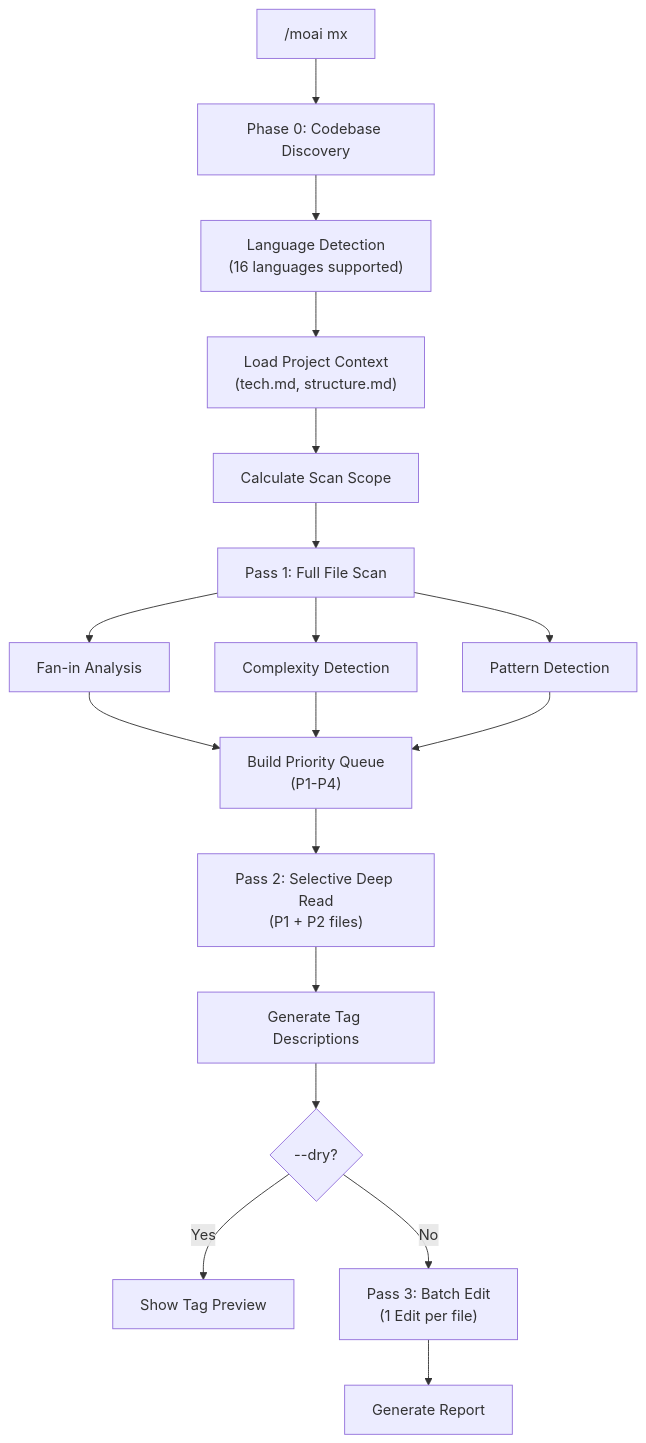
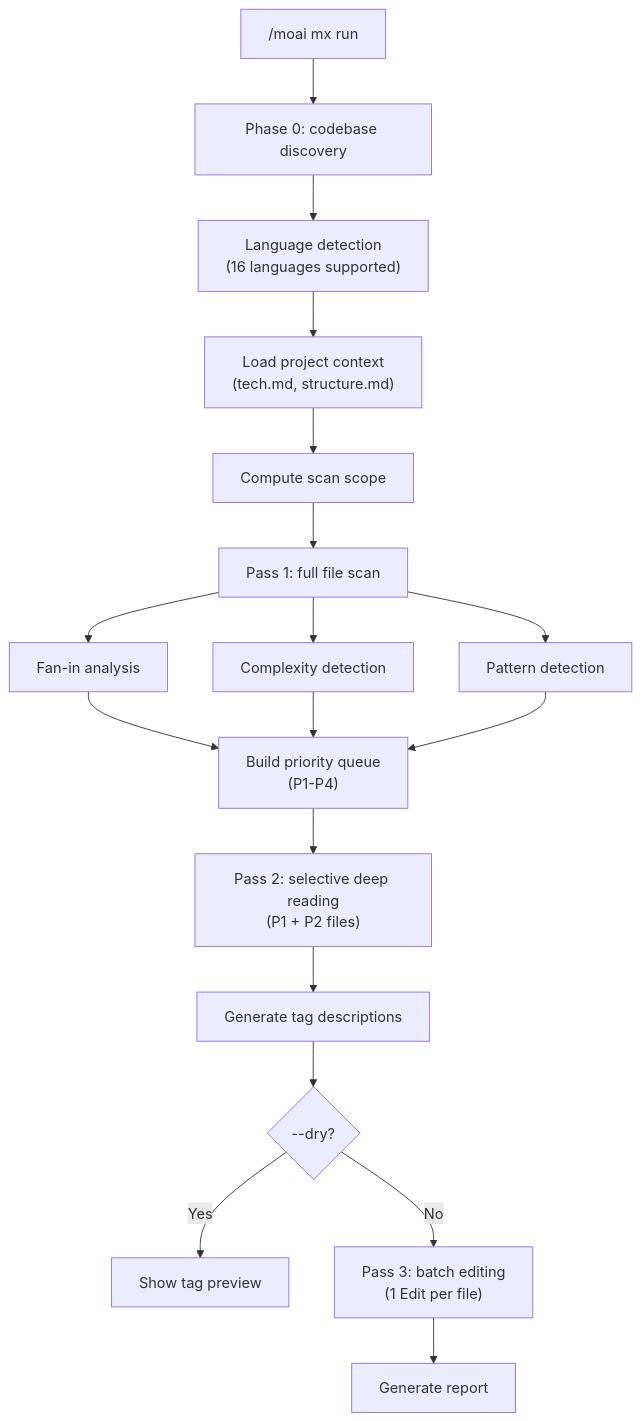
The first of 2 diagrams in docs-site/content/en/utility-commands/moai-mx.md (modu-ai/moai-adk), drawn with Mermaid before and after one commit. The commit also changed other lines of this file and 395 other files, not shown here.

````diff
--- a/docs-site/content/en/utility-commands/moai-mx.md
+++ b/docs-site/content/en/utility-commands/moai-mx.md
@@ -79,24 +83,24 @@
 ```mermaid
 flowchart TD
-    Start["/moai mx"] --> Phase0["Phase 0: Codebase Discovery"]
+    Start["/moai mx run"] --> Phase0["Phase 0: codebase discovery"]
 
-    Phase0 --> LangDetect["Language Detection<br/>(16 languages supported)"]
-    LangDetect --> Context["Load Project Context<br/>(tech.md, structure.md)"]
-    Context --> Scope["Calculate Scan Scope"]
+    Phase0 --> LangDetect["Language detection<br/>(16 languages supported)"]
+    LangDetect --> Context["Load project context<br/>(tech.md, structure.md)"]
+    Context --> Scope["Compute scan scope"]
 
-    Scope --> Pass1["Pass 1: Full File Scan"]
-    Pass1 --> FanIn["Fan-in Analysis"]
-    Pass1 --> Complexity["Complexity Detection"]
-    Pass1 --> Pattern["Pattern Detection"]
-    FanIn --> Queue["Build Priority Queue<br/>(P1-P4)"]
+    Scope --> Pass1["Pass 1: full file scan"]
+    Pass1 --> FanIn["Fan-in analysis"]
+    Pass1 --> Complexity["Complexity detection"]
+    Pass1 --> Pattern["Pattern detection"]
+    FanIn --> Queue["Build priority queue<br/>(P1-P4)"]
     Complexity --> Queue
     Pattern --> Queue
 
-    Queue --> Pass2["Pass 2: Selective Deep Read<br/>(P1 + P2 files)"]
-    Pass2 --> Generate["Generate Tag Descriptions"]
+    Queue --> Pass2["Pass 2: selective deep reading<br/>(P1 + P2 files)"]
+    Pass2 --> Generate["Generate tag descriptions"]
 
     Generate --> Pass3{"--dry?"}
-    Pass3 -->|Yes| Preview["Show Tag Preview"]
-    Pass3 -->|No| Insert["Pass 3: Batch Edit<br/>(1 Edit per file)"]
-    Insert --> Report["Generate Report"]
+    Pass3 -->|Yes| Preview["Show tag preview"]
+    Pass3 -->|No| Insert["Pass 3: batch editing<br/>(1 Edit per file)"]
+    Insert --> Report["Generate report"]
 ```
````
